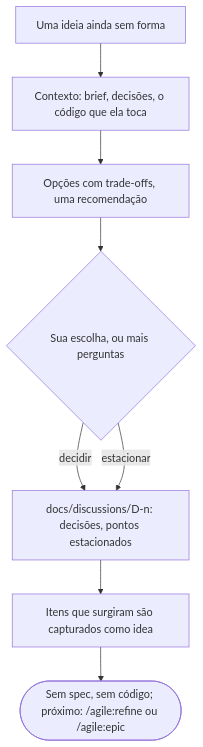
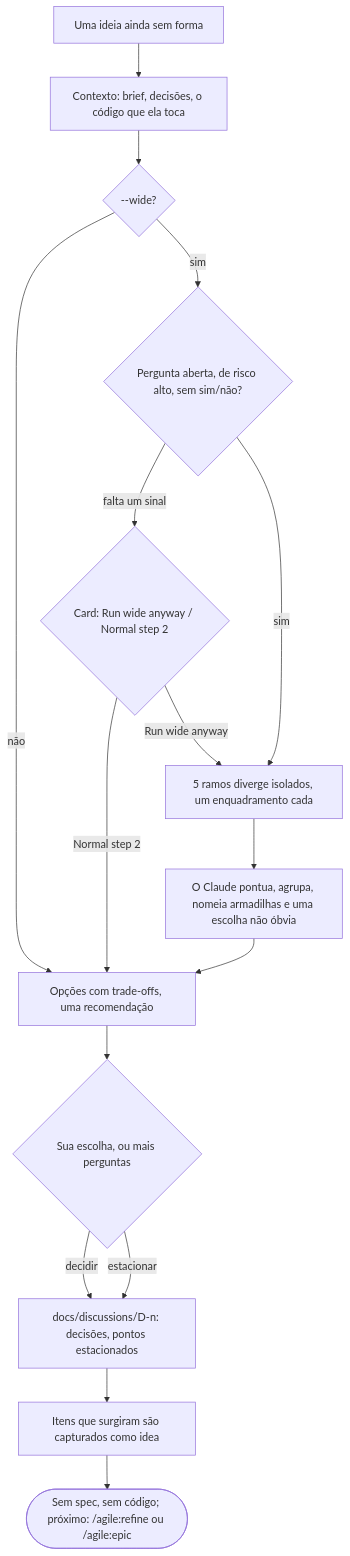
Before and after one commit to alexcanario/simulab: the fifth of 24 diagrams in docs/agile/workflow.pt-BR.md, drawn with Mermaid. The commit also changed other lines of this file and 8 other files, not shown here.

````diff
--- a/docs/agile/workflow.pt-BR.md
+++ b/docs/agile/workflow.pt-BR.md
@@ -962,10 +964,18 @@
 ```mermaid
 flowchart TD
     A["Uma ideia ainda sem forma"] --> B["Contexto: brief, decisões, o código que ela toca"]
-    B --> C["Opções com trade-offs, uma recomendação"]
+    B --> W{"--wide?"}
+    W -->|não| C["Opções com trade-offs, uma recomendação"]
+    W -->|sim| P{"Pergunta aberta, de risco alto, sem sim/não?"}
+    P -->|falta um sinal| Q{"Card: Run wide anyway / Normal step 2"}
+    Q -->|Normal step 2| C
+    Q -->|Run wide anyway| R
+    P -->|sim| R["5 ramos diverge isolados, um enquadramento cada"]
+    R --> S["O Claude pontua, agrupa, nomeia armadilhas e uma escolha não óbvia"]
+    S --> C
     C --> D{"Sua escolha, ou mais perguntas"}
     D -->|decidir| E["docs/discussions/D-n: decisões, pontos estacionados"]
     D -->|estacionar| E
     E --> F["Itens que surgiram são capturados como idea"]
     F --> G(["Sem spec, sem código; próximo: /agile:refine ou /agile:epic"])
 ```
````
